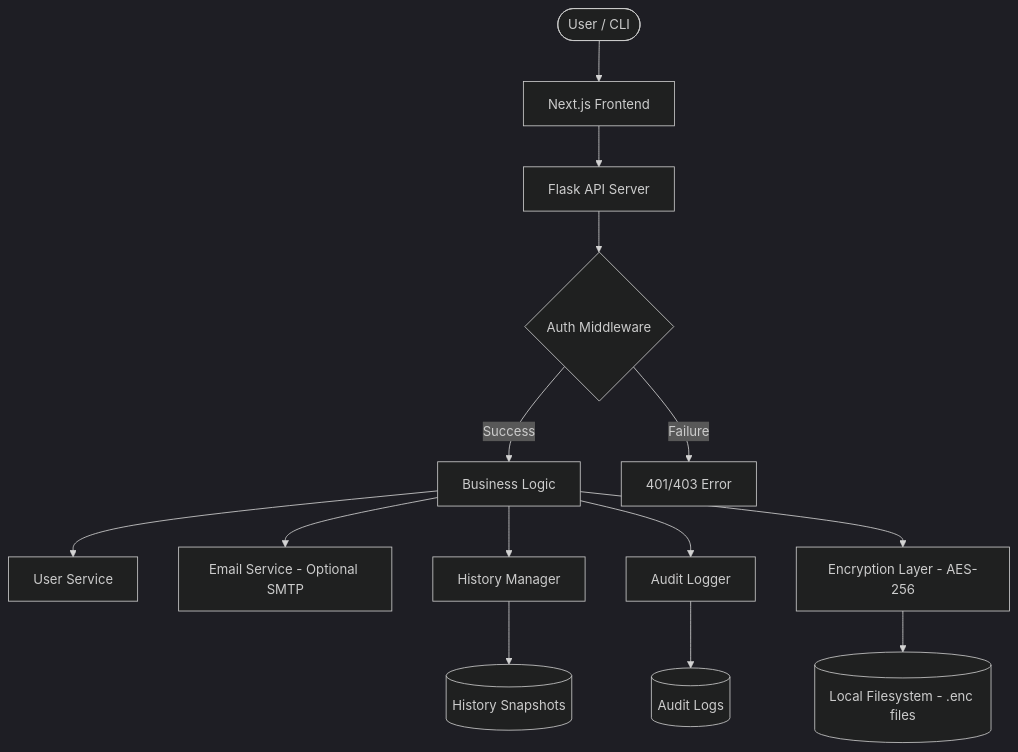
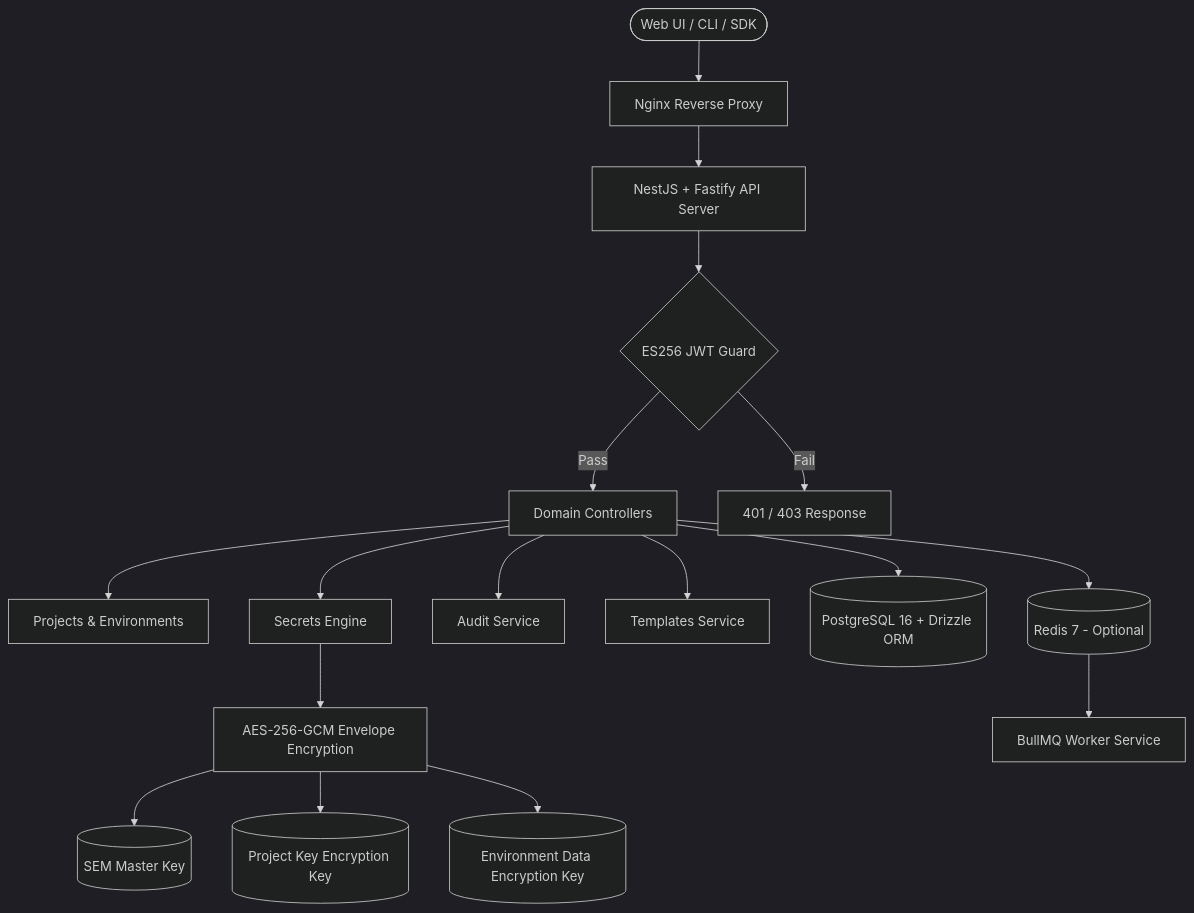
One commit to niranjansah87/Secure-Enviornment-Manager changed the diagram in docs/architecture.md. Above: the diagram before and after it, drawn with Mermaid (dark theme). The commit also changed other lines of this file and 28 other files, not shown here.

First line of the commit message:
Add public product pages and optional Redis mode

````diff
--- a/docs/architecture.md
+++ b/docs/architecture.md
@@ -18,18 +9,23 @@
 ```mermaid
 graph TD
-    User([User / CLI]) --> UI[Next.js Frontend]
-    UI --> API[Flask API Server]
-    API --> Auth{Auth Middleware}
-    Auth -- Success --> Logic[Business Logic]
-    Auth -- Failure --> Error[401/403 Error]
+    Client([Web UI / CLI / SDK]) --> Ingress[Nginx Reverse Proxy]
+    Ingress --> API[NestJS + Fastify API Server]
     
-    Logic --> UserSvc[User Service]
-    Logic --> EmailSvc[Email Service - Optional SMTP]
-    Logic --> History[History Manager]
-    Logic --> Audit[Audit Logger]
-    Logic --> Encryption[Encryption Layer - AES-256]
+    API --> AuthGuard{ES256 JWT Guard}
+    AuthGuard -- Pass --> Domains[Domain Controllers]
+    AuthGuard -- Fail --> Err[401 / 403 Response]
     
-    Encryption --> FS[(Local Filesystem - .enc files)]
-    History --> Snapshots[(History Snapshots)]
-    Audit --> Logs[(Audit Logs)]
+    Domains --> Projects[Projects & Environments]
+    Domains --> Secrets[Secrets Engine]
+    Domains --> Audit[Audit Service]
+    Domains --> Templates[Templates Service]
+    
+    Secrets --> Crypto[AES-256-GCM Envelope Encryption]
+    Crypto --> MasterKey[(SEM Master Key)]
+    Crypto --> KEK[(Project Key Encryption Key)]
+    Crypto --> DEK[(Environment Data Encryption Key)]
+    
+    Domains --> Postgres[(PostgreSQL 16 + Drizzle ORM)]
+    Domains --> Redis[(Redis 7 - Optional)]
+    Redis --> Worker[BullMQ Worker Service]
 ```
````
